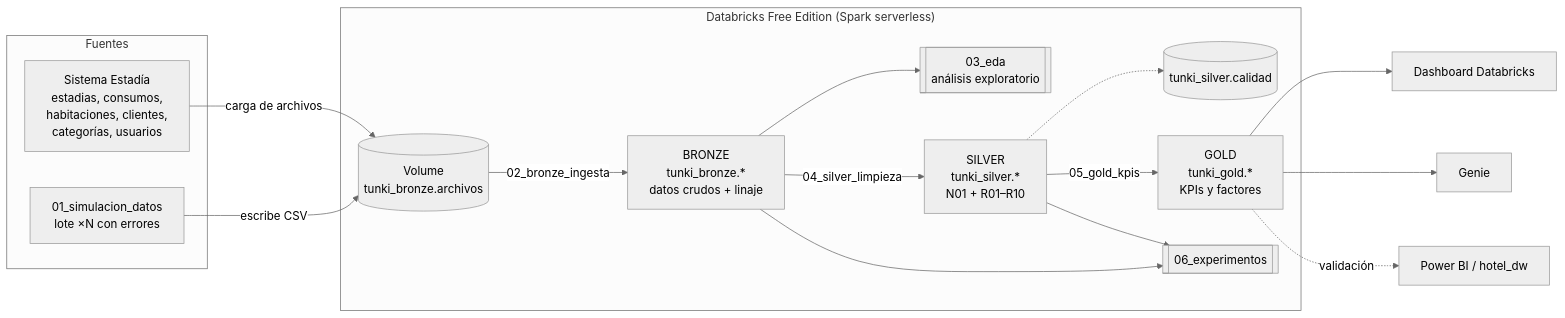
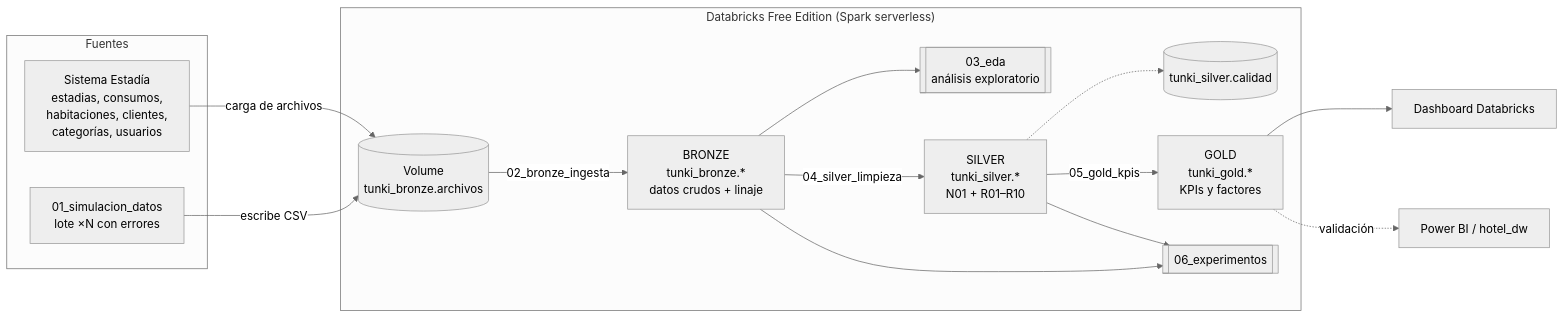
One commit to AlexAmancio/proyecto-bi-bigdata changed the first of 2 diagrams in bigdata/README.md. Above: the diagram before and after it, drawn with Mermaid (neutral theme). The commit also changed other lines of this file and 14 other files, not shown here.

````diff
--- a/bigdata/README.md
+++ b/bigdata/README.md
@@ -25,27 +25,26 @@
 ```mermaid
 flowchart LR
     subgraph Fuentes
         S1[Sistema Estadía<br/>estadias, consumos,<br/>habitaciones, clientes,<br/>categorías, usuarios]
         S2[01_simulacion_datos<br/>lote ×N con errores]
     end
     subgraph "Databricks Free Edition (Spark serverless)"
         V[(Volume<br/>tunki_bronze.archivos)]
         B[BRONZE<br/>tunki_bronze.*<br/>datos crudos + linaje]
         E[[03_eda<br/>análisis exploratorio]]
         SV[SILVER<br/>tunki_silver.*<br/>N01 + R01–R10]
         Q[(tunki_silver.calidad)]
         G[GOLD<br/>tunki_gold.*<br/>KPIs y factores]
         X[[06_experimentos]]
     end
     S1 -- carga de archivos --> V
     S2 -- escribe CSV --> V
     V -- 02_bronze_ingesta --> B
     B --> E
     B -- 04_silver_limpieza --> SV
     SV -.-> Q
     SV -- 05_gold_kpis --> G
     G --> D[Dashboard Databricks]
-    G --> GN[Genie]
     G -. validación .-> PBI[Power BI / hotel_dw]
     B & SV --> X
 ```
````
